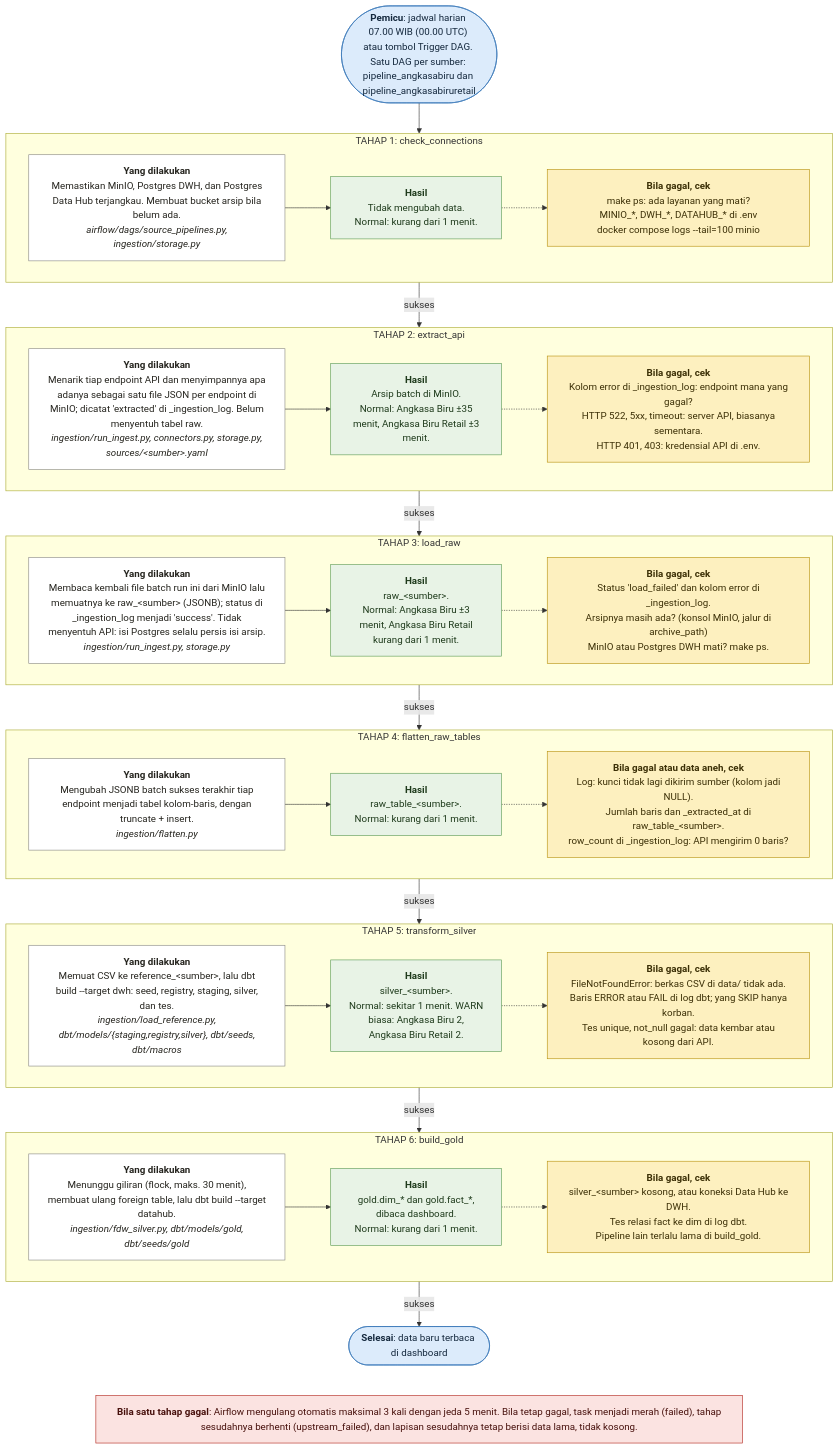
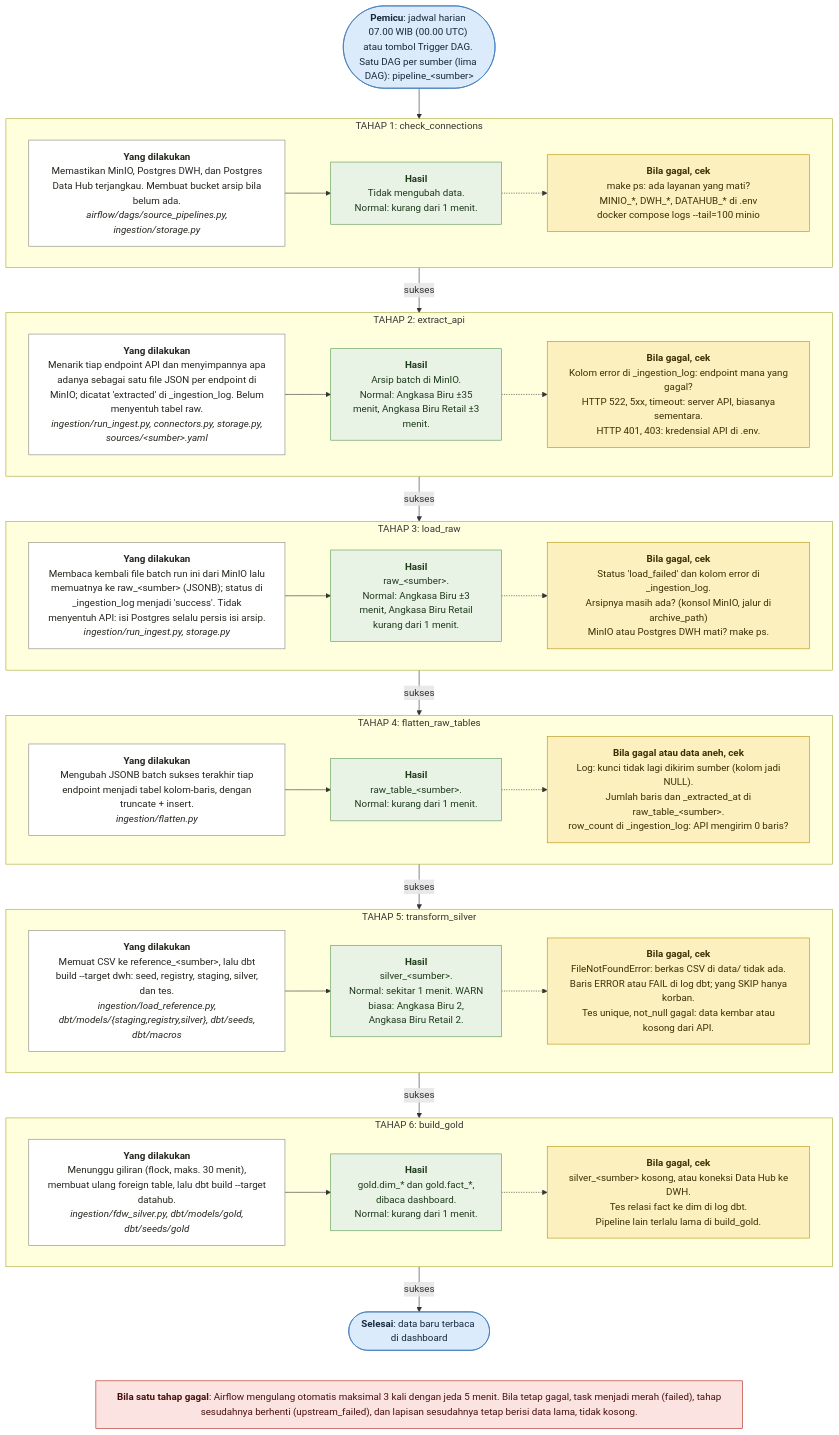
The diagram in docs/diagrams/proses-2-tahapan.mmd (habiebdymiati/final_project_dibimibing), drawn with Mermaid before and after one commit. The commit also changed 17 other files, not shown here.

```diff
--- a/docs/diagrams/proses-2-tahapan.mmd
+++ b/docs/diagrams/proses-2-tahapan.mmd
@@ -1,68 +1,68 @@
 flowchart TB
-    MULAI(["<b>Pemicu</b>: jadwal harian 07.00 WIB (00.00 UTC) atau tombol Trigger DAG. Satu DAG per sumber: pipeline_angkasabiru dan pipeline_angkasabiruretail"]):::pemicu
+    MULAI(["<b>Pemicu</b>: jadwal harian 07.00 WIB (00.00 UTC) atau tombol Trigger DAG. Satu DAG per sumber (lima DAG): pipeline_&lt;sumber&gt;"]):::pemicu
 
     subgraph T1["TAHAP 1: check_connections"]
         direction LR
         A1["<div style='width:360px;white-space:normal'><b>Yang dilakukan</b><br/>Memastikan MinIO, Postgres DWH, dan Postgres Data Hub terjangkau. Membuat bucket arsip bila belum ada.<br/><i>airflow/dags/source_pipelines.py, ingestion/storage.py</i></div>"]:::kerja
         H1["<div style='width:220px;white-space:normal'><b>Hasil</b><br/>Tidak mengubah data.<br/>Normal: kurang dari 1 menit.</div>"]:::hasil
         C1["<div style='width:370px;white-space:normal'><b>Bila gagal, cek</b><br/>make ps: ada layanan yang mati?<br/>MINIO_*, DWH_*, DATAHUB_* di .env<br/>docker compose logs --tail=100 minio</div>"]:::cek
         A1 --> H1 -.-> C1
     end
 
     subgraph T2["TAHAP 2: extract_api"]
         direction LR
         A2["<div style='width:360px;white-space:normal'><b>Yang dilakukan</b><br/>Menarik tiap endpoint API dan menyimpannya apa adanya sebagai satu file JSON per endpoint di MinIO; dicatat 'extracted' di _ingestion_log. Belum menyentuh tabel raw.<br/><i>ingestion/run_ingest.py, connectors.py, storage.py, sources/&lt;sumber&gt;.yaml</i></div>"]:::kerja
         H2["<div style='width:220px;white-space:normal'><b>Hasil</b><br/>Arsip batch di MinIO.<br/>Normal: Angkasa Biru ±35 menit, Angkasa Biru Retail ±3 menit.</div>"]:::hasil
         C2["<div style='width:370px;white-space:normal'><b>Bila gagal, cek</b><br/>Kolom error di _ingestion_log: endpoint mana yang gagal?<br/>HTTP 522, 5xx, timeout: server API, biasanya sementara.<br/>HTTP 401, 403: kredensial API di .env.</div>"]:::cek
         A2 --> H2 -.-> C2
     end
 
     subgraph T2B["TAHAP 3: load_raw"]
         direction LR
         A2B["<div style='width:360px;white-space:normal'><b>Yang dilakukan</b><br/>Membaca kembali file batch run ini dari MinIO lalu memuatnya ke raw_&lt;sumber&gt; (JSONB); status di _ingestion_log menjadi 'success'. Tidak menyentuh API: isi Postgres selalu persis isi arsip.<br/><i>ingestion/run_ingest.py, storage.py</i></div>"]:::kerja
         H2B["<div style='width:220px;white-space:normal'><b>Hasil</b><br/>raw_&lt;sumber&gt;.<br/>Normal: Angkasa Biru ±3 menit, Angkasa Biru Retail kurang dari 1 menit.</div>"]:::hasil
         C2B["<div style='width:370px;white-space:normal'><b>Bila gagal, cek</b><br/>Status 'load_failed' dan kolom error di _ingestion_log.<br/>Arsipnya masih ada? (konsol MinIO, jalur di archive_path)<br/>MinIO atau Postgres DWH mati? make ps.</div>"]:::cek
         A2B --> H2B -.-> C2B
     end
 
     subgraph T3["TAHAP 4: flatten_raw_tables"]
         direction LR
         A3["<div style='width:360px;white-space:normal'><b>Yang dilakukan</b><br/>Mengubah JSONB batch sukses terakhir tiap endpoint menjadi tabel kolom-baris, dengan truncate + insert.<br/><i>ingestion/flatten.py</i></div>"]:::kerja
         H3["<div style='width:220px;white-space:normal'><b>Hasil</b><br/>raw_table_&lt;sumber&gt;.<br/>Normal: kurang dari 1 menit.</div>"]:::hasil
         C3["<div style='width:370px;white-space:normal'><b>Bila gagal atau data aneh, cek</b><br/>Log: kunci tidak lagi dikirim sumber (kolom jadi NULL).<br/>Jumlah baris dan _extracted_at di raw_table_&lt;sumber&gt;.<br/>row_count di _ingestion_log: API mengirim 0 baris?</div>"]:::cek
         A3 --> H3 -.-> C3
     end
 
     subgraph T4["TAHAP 5: transform_silver"]
         direction LR
         A4["<div style='width:360px;white-space:normal'><b>Yang dilakukan</b><br/>Memuat CSV ke reference_&lt;sumber&gt;, lalu dbt build --target dwh: seed, registry, staging, silver, dan tes.<br/><i>ingestion/load_reference.py, dbt/models/{staging,registry,silver}, dbt/seeds, dbt/macros</i></div>"]:::kerja
         H4["<div style='width:220px;white-space:normal'><b>Hasil</b><br/>silver_&lt;sumber&gt;.<br/>Normal: sekitar 1 menit. WARN biasa: Angkasa Biru 2, Angkasa Biru Retail 2.</div>"]:::hasil
         C4["<div style='width:370px;white-space:normal'><b>Bila gagal, cek</b><br/>FileNotFoundError: berkas CSV di data/ tidak ada.<br/>Baris ERROR atau FAIL di log dbt; yang SKIP hanya korban.<br/>Tes unique, not_null gagal: data kembar atau kosong dari API.</div>"]:::cek
         A4 --> H4 -.-> C4
     end
 
     subgraph T5["TAHAP 6: build_gold"]
         direction LR
         A5["<div style='width:360px;white-space:normal'><b>Yang dilakukan</b><br/>Menunggu giliran (flock, maks. 30 menit), membuat ulang foreign table, lalu dbt build --target datahub.<br/><i>ingestion/fdw_silver.py, dbt/models/gold, dbt/seeds/gold</i></div>"]:::kerja
         H5["<div style='width:220px;white-space:normal'><b>Hasil</b><br/>gold.dim_* dan gold.fact_*, dibaca dashboard.<br/>Normal: kurang dari 1 menit.</div>"]:::hasil
         C5["<div style='width:370px;white-space:normal'><b>Bila gagal, cek</b><br/>silver_&lt;sumber&gt; kosong, atau koneksi Data Hub ke DWH.<br/>Tes relasi fact ke dim di log dbt.<br/>Pipeline lain terlalu lama di build_gold.</div>"]:::cek
         A5 --> H5 -.-> C5
     end
 
     SELESAI(["<b>Selesai</b>: data baru terbaca di dashboard"]):::pemicu
     GAGAL["<div style='width:1000px;white-space:normal'><b>Bila satu tahap gagal</b>: Airflow mengulang otomatis maksimal 3 kali dengan jeda 5 menit. Bila tetap gagal, task menjadi merah (failed), tahap sesudahnya berhenti (upstream_failed), dan lapisan sesudahnya tetap berisi data lama, tidak kosong.</div>"]:::gagal
 
     MULAI --> T1
     T1 -->|sukses| T2
     T2 -->|sukses| T2B
     T2B -->|sukses| T3
     T3 -->|sukses| T4
     T4 -->|sukses| T5
     T5 -->|sukses| SELESAI
     SELESAI ~~~ GAGAL
 
     classDef pemicu fill:#dcebfb,stroke:#3b78b8,color:#14283d;
     classDef kerja fill:#ffffff,stroke:#8a8984,color:#26251f;
     classDef hasil fill:#e8f3e6,stroke:#5c9a55,color:#1e3a1b;
     classDef cek fill:#fdf0bf,stroke:#b8920f,color:#3b2f06;
     classDef gagal fill:#fbe3e1,stroke:#b3261e,color:#47100c;
```
